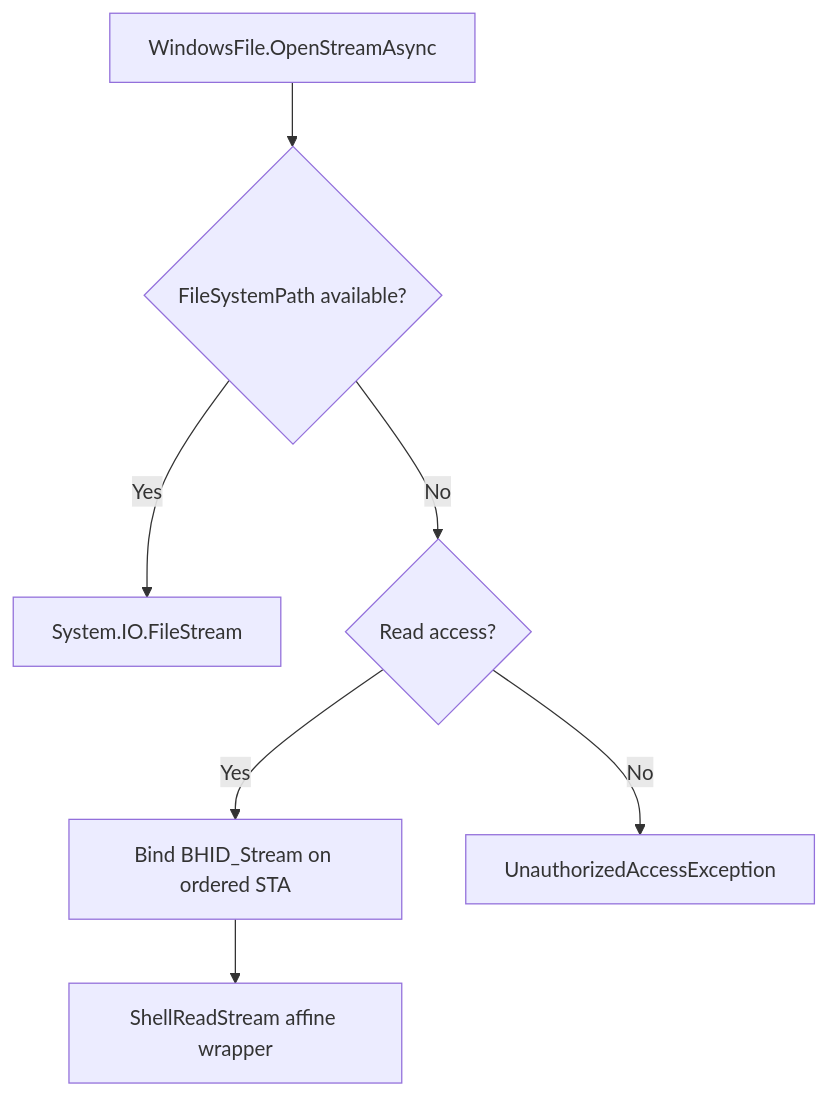
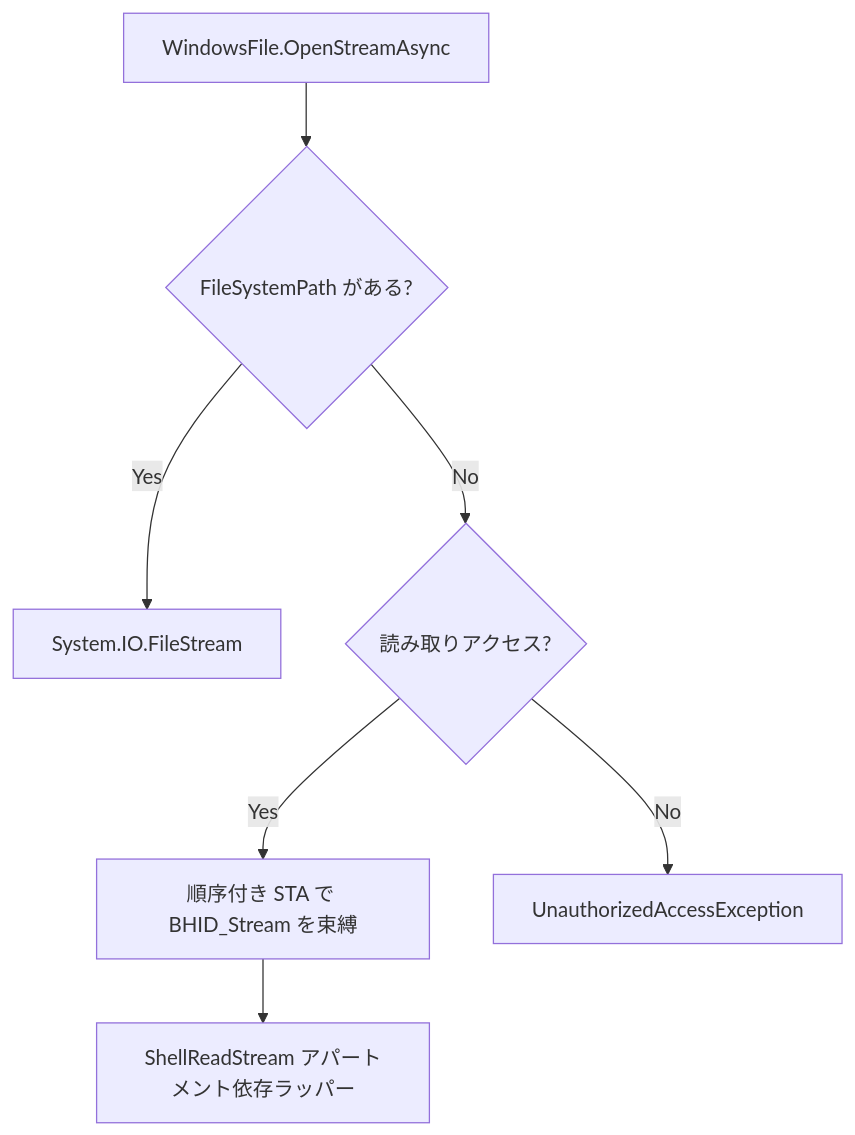
The seventh of 8 diagrams in docs/architecture/windows-storage.md (0x5bfa/Files), drawn with Mermaid before and after one commit. The commit also changed other lines of this file and 18 other files, not shown here.

Commit message:
Translate architecture docs to Japanese

````diff
--- a/docs/architecture/windows-storage.md
+++ b/docs/architecture/windows-storage.md
@@ -218,17 +224,17 @@
 ```mermaid
 flowchart TD
     Open["WindowsFile.OpenStreamAsync"]
-    HasPath{"FileSystemPath available?"}
+    HasPath{"FileSystemPath がある?"}
     FileStream["System.IO.FileStream"]
-    ReadOnly{"Read access?"}
-    Bind["Bind BHID_Stream on ordered STA"]
-    ShellStream["ShellReadStream affine wrapper"]
+    ReadOnly{"読み取りアクセス?"}
+    Bind["順序付き STA で BHID_Stream を束縛"]
+    ShellStream["ShellReadStream アパートメント依存ラッパー"]
     Denied["UnauthorizedAccessException"]
 
     Open --> HasPath
     HasPath -->|Yes| FileStream
     HasPath -->|No| ReadOnly
     ReadOnly -->|Yes| Bind
     Bind --> ShellStream
     ReadOnly -->|No| Denied
 ```
````
